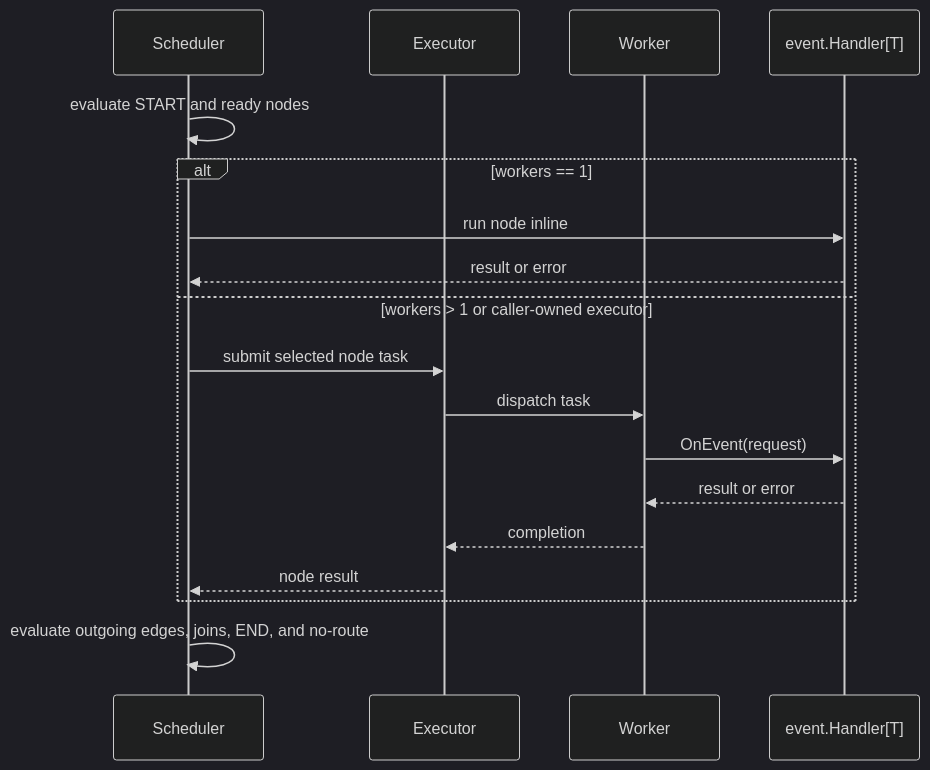
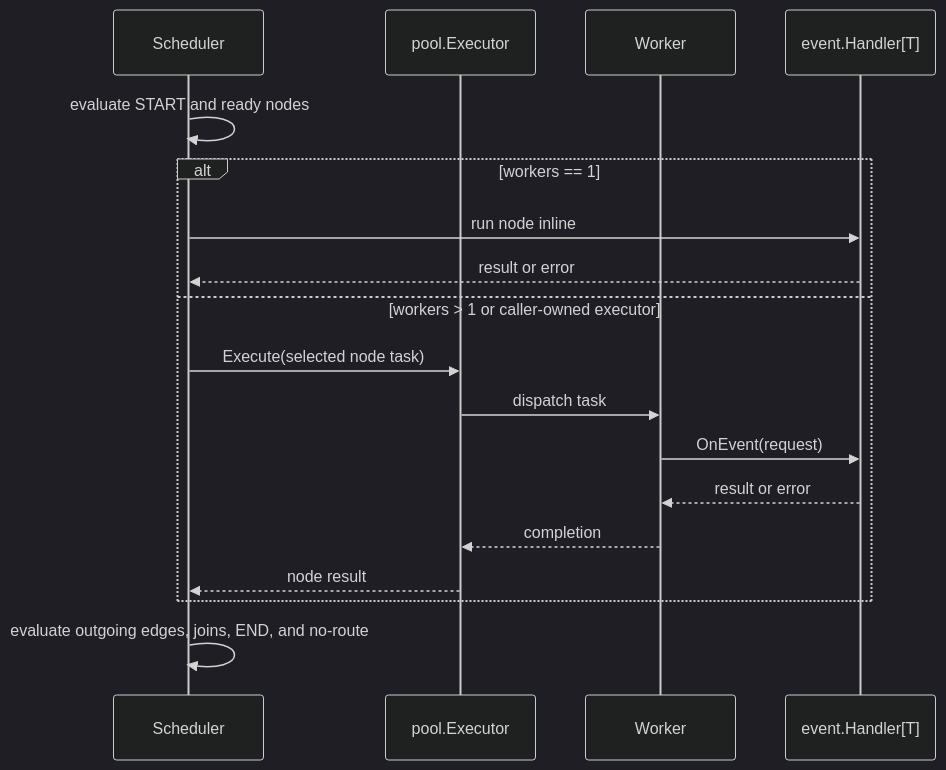
One commit to photowey/disruptor.go changed the third of 3 diagrams in docs/api-guide.md. Above: the diagram before and after it, drawn with Mermaid (dark theme). The commit also changed other lines of this file and 32 other files, not shown here.

Commit message:
refactor: use pool.go for runtime graph execution

````diff
--- a/docs/api-guide.md
+++ b/docs/api-guide.md
@@ -435,21 +434,21 @@
 ```mermaid
 sequenceDiagram
     participant Scheduler
-    participant Exec as Executor
+    participant Exec as pool.Executor
     participant Worker
     participant Handler as event.Handler[T]
 
     Scheduler->>Scheduler: evaluate START and ready nodes
     alt workers == 1
         Scheduler->>Handler: run node inline
         Handler-->>Scheduler: result or error
     else workers > 1 or caller-owned executor
-        Scheduler->>Exec: submit selected node task
+        Scheduler->>Exec: Execute(selected node task)
         Exec->>Worker: dispatch task
         Worker->>Handler: OnEvent(request)
         Handler-->>Worker: result or error
         Worker-->>Exec: completion
         Exec-->>Scheduler: node result
     end
     Scheduler->>Scheduler: evaluate outgoing edges, joins, END, and no-route
 ```
````
